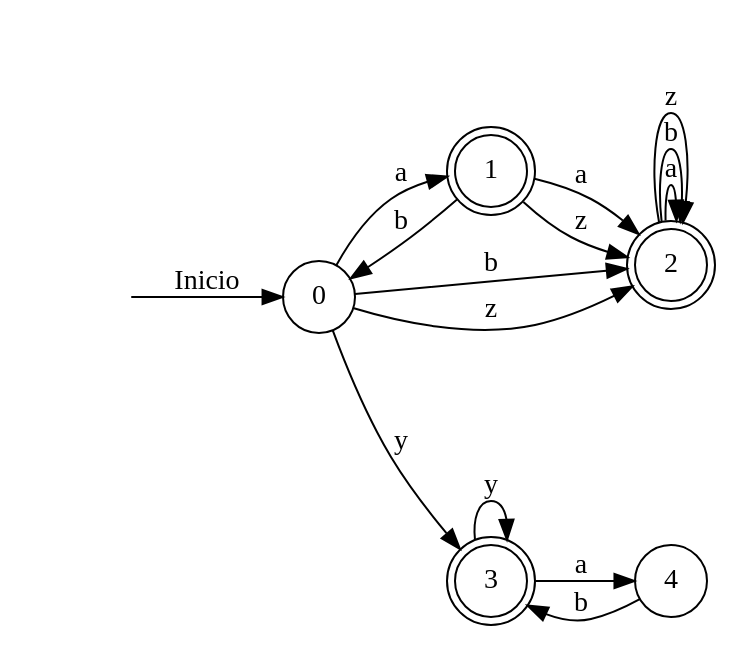
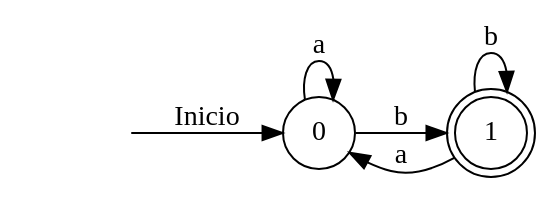
One commit to diegojacobs/Compilador changed the diagram in GraficaAFDDirecto.dot. Above: the diagram before and after it, drawn with Graphviz. The commit also changed 26 other files, not shown here.

```diff
--- a/GraficaAFDDirecto.dot
+++ b/GraficaAFDDirecto.dot
@@ -1,30 +1,16 @@
 digraph GraficaAFDDirecto {
 rankdir=LR;
 {
 node [style = invisible]
 INI
 }
 INI -> 0[label="Inicio"]
 
 0 [ shape="circle"]
 1 [ shape="doublecircle"]
 1[fillcolor="#1D22E8"];
-2 [ shape="doublecircle"]
-2[fillcolor="#1D22E8"];
-3 [ shape="doublecircle"]
-3[fillcolor="#1D22E8"];
-4 [ shape="circle"]
-0->1[label="a"]
-0->2[label="b"]
-0->2[label="z"]
-0->3[label="y"]
-1->2[label="a"]
-1->0[label="b"]
-1->2[label="z"]
-2->2[label="a"]
-2->2[label="b"]
-2->2[label="z"]
-3->4[label="a"]
-3->3[label="y"]
-4->3[label="b"]
+0->0[label="a"]
+0->1[label="b"]
+1->0[label="a"]
+1->1[label="b"]
 }
```
